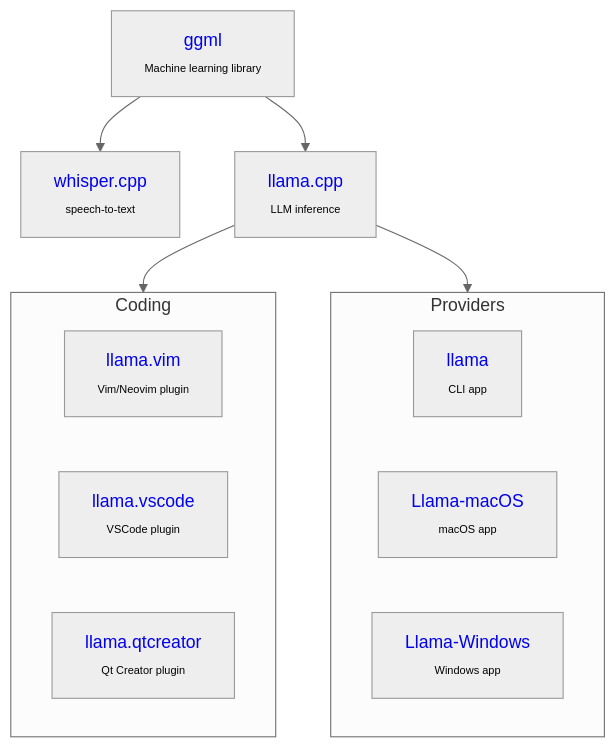
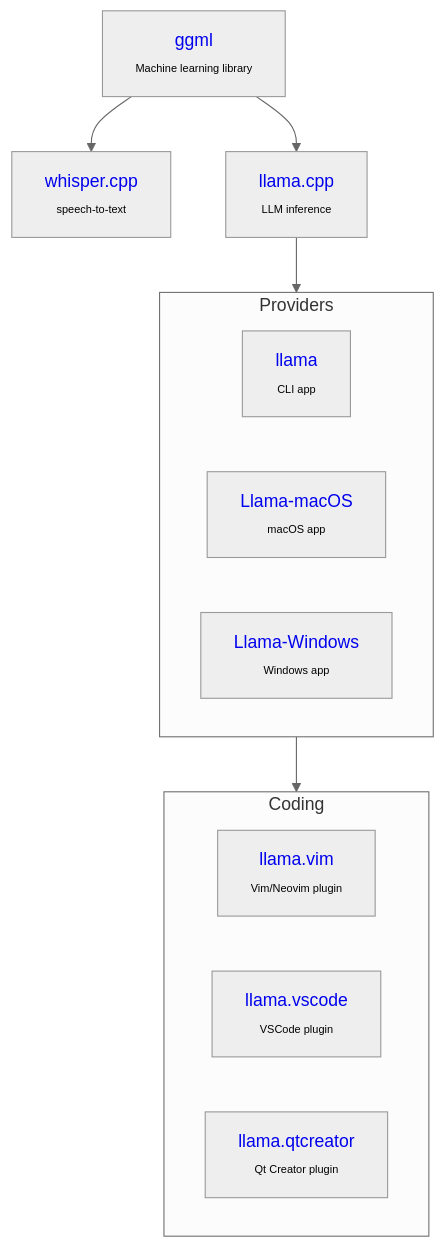
One commit to ggml-org/.github changed the diagram in profile/README.md. Above: the diagram before and after it, drawn with Mermaid (neutral theme).

Commit message:
diagram : update

````diff
--- a/profile/README.md
+++ b/profile/README.md
@@ -8,29 +8,29 @@
 ```mermaid
 graph TD;
 ggml --> whisper.cpp
 ggml --> llama.cpp
-llama.cpp --> coding
 llama.cpp --> providers
+providers --> coding
 
 subgraph coding[Coding]
     llama.vim
     llama.vscode
     llama.qtcreator
 end
 
 subgraph providers[Providers]
     llama
     Llama-macOS
     Llama-Windows
 end
 
 ggml[<a href="https://github.com/ggml-org/ggml"                       style="text-decoration:none;">ggml</a>            <br><span style="font-size:10px;">Machine learning library</span>];
 whisper.cpp[<a href="https://github.com/ggml-org/whisper.cpp"         style="text-decoration:none;">whisper.cpp</a>     <br><span style="font-size:10px;">speech-to-text</span>];
 llama.cpp[<a href="https://github.com/ggml-org/llama.cpp"             style="text-decoration:none;">llama.cpp</a>       <br><span style="font-size:10px;">LLM inference</span>];
 llama.vim[<a href="https://github.com/ggml-org/llama.vim"             style="text-decoration:none;">llama.vim</a>       <br><span style="font-size:10px;">Vim/Neovim plugin</span>];
 llama.vscode[<a href="https://github.com/ggml-org/llama.vscode"       style="text-decoration:none;">llama.vscode</a>    <br><span style="font-size:10px;">VSCode plugin</span>];
 llama.qtcreator[<a href="https://github.com/ggml-org/llama.qtcreator" style="text-decoration:none;">llama.qtcreator</a> <br><span style="font-size:10px;">Qt Creator plugin</span>];
 llama[<a href="https://llama.app"                                     style="text-decoration:none;">llama</a>           <br><span style="font-size:10px;">CLI app</span>];
 Llama-macOS[<a href="https://github.com/ggml-org/Llama-macOS"         style="text-decoration:none;">Llama-macOS</a>     <br><span style="font-size:10px;">macOS app</span>];
 Llama-Windows[<a href="https://github.com/ggml-org/Llama-Windows"     style="text-decoration:none;">Llama-Windows</a>   <br><span style="font-size:10px;">Windows app</span>];
 ```
````
